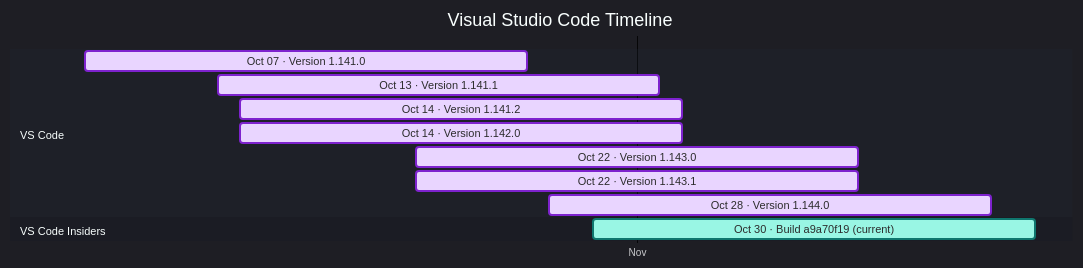
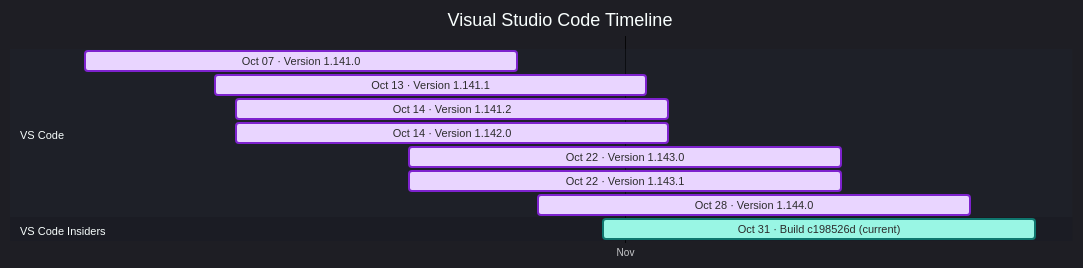
The diagram in docs/vscode.md (Oxelya-DevTools/VisualStudioUpdate), drawn with Mermaid before and after one commit. The commit also changed other lines of this file and 1 other file, not shown here.

````diff
--- a/docs/vscode.md
+++ b/docs/vscode.md
@@ -9,18 +9,18 @@
 ```mermaid
 %%{init: {'theme':'dark','themeVariables': { 'fontFamily': 'Segoe UI', 'fontSize': '24px', 'textColor': '#F3F4F6', 'titleTextColor': '#FFFFFF', 'taskTextColor': '#111827', 'taskTextLightColor': '#111827', 'taskTextOutsideColor': '#F3F4F6', 'taskBkgColor': '#BAE6FD', 'taskBorderColor': '#0369A1', 'doneTaskBkgColor': '#E9D5FF', 'doneTaskBorderColor': '#7E22CE', 'activeTaskBkgColor': '#99F6E4', 'activeTaskBorderColor': '#0F766E', 'critTaskBkgColor': '#FED7AA', 'critTaskBorderColor': '#C2410C', 'sectionBkgColor': '#1F2937', 'altSectionBkgColor': '#111827', 'gridColor': '#4B5563', 'todayLineColor': '#F87171' }}}%%
 gantt
     title Visual Studio Code Timeline
     dateFormat  YYYY-MM-DD
     axisFormat  %b
     tickInterval 1month
     section VS Code
     Oct 07 · Version 1.141.0 : done, vscode202610070, 2026-10-07, 20d
     Oct 13 · Version 1.141.1 : done, vscode202610131, 2026-10-13, 20d
     Oct 14 · Version 1.141.2 : done, vscode202610142, 2026-10-14, 20d
     Oct 14 · Version 1.142.0 : done, vscode202610143, 2026-10-14, 20d
     Oct 22 · Version 1.143.0 : done, vscode202610224, 2026-10-22, 20d
     Oct 22 · Version 1.143.1 : done, vscode202610225, 2026-10-22, 20d
     Oct 28 · Version 1.144.0 : done, vscode202610286, 2026-10-28, 20d
     section VS Code Insiders
-    Oct 30 · Build a9a70f19 (current) : active, vscodeinsiders202610300, 2026-10-30, 20d
+    Oct 31 · Build c198526d (current) : active, vscodeinsiders202610310, 2026-10-31, 20d
 ```
````
